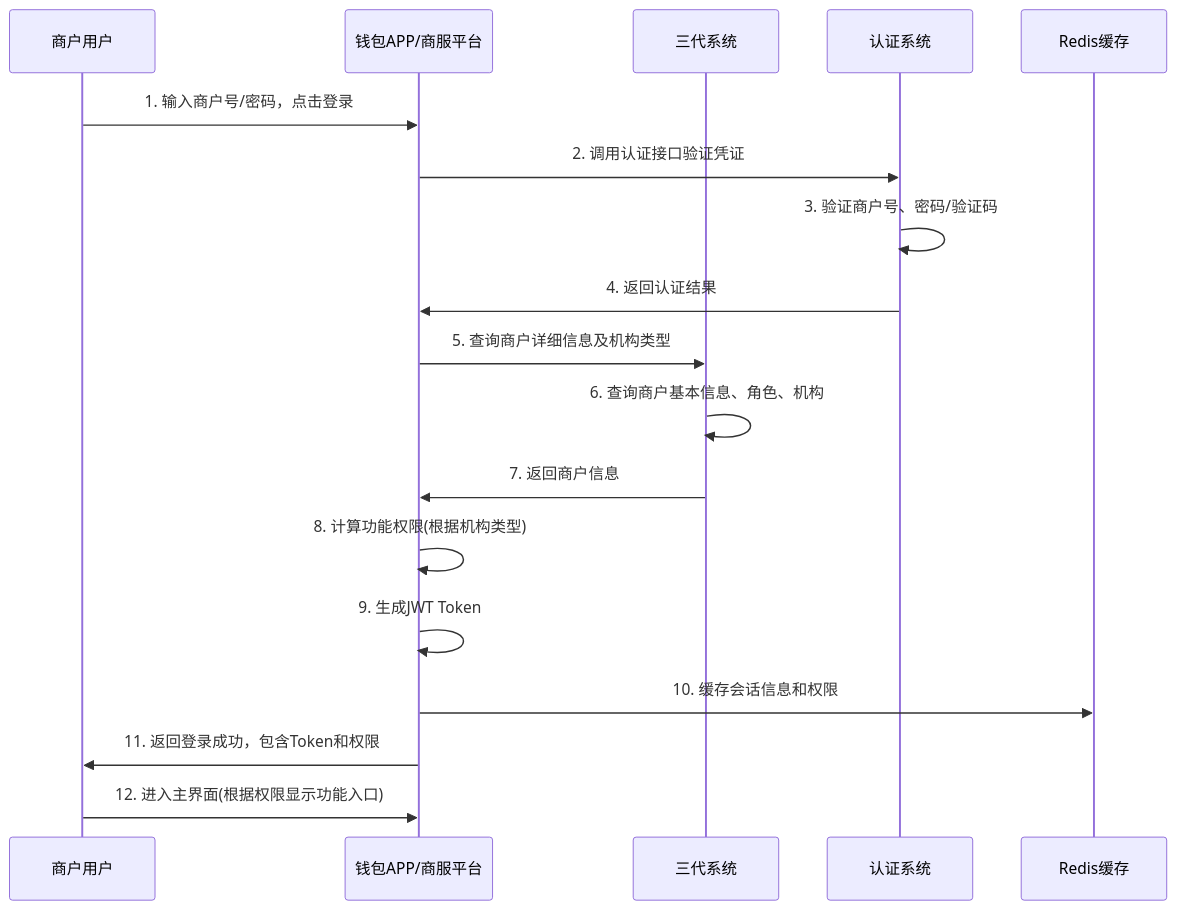
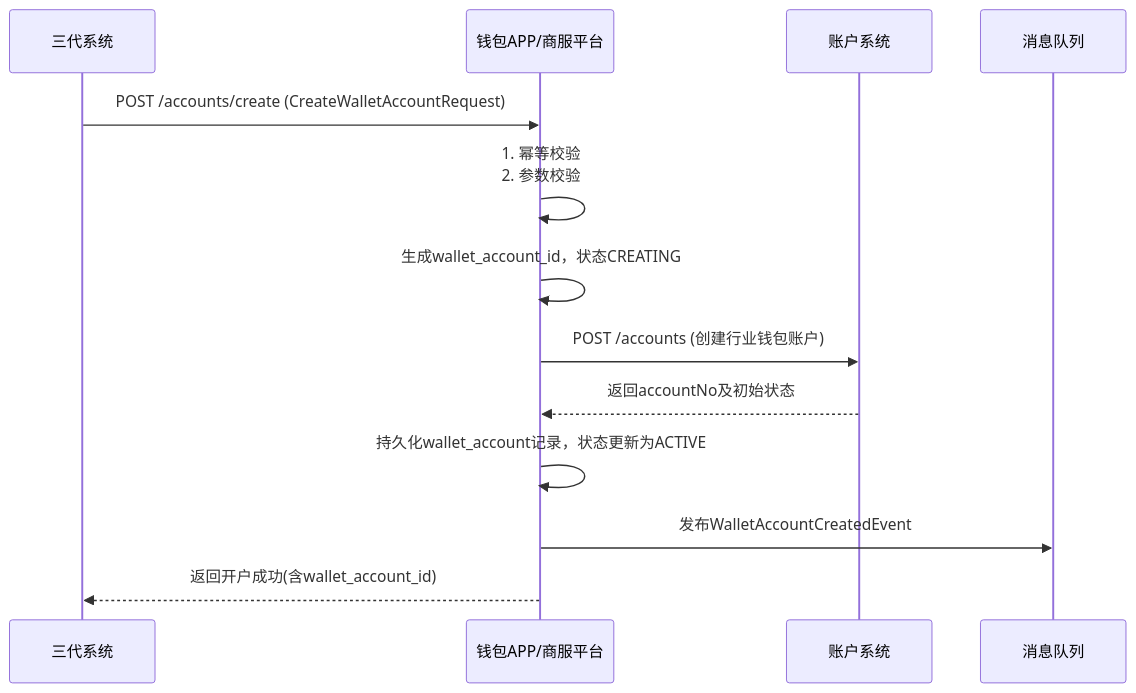
One commit to youzi211/AiCoding changed the first of 3 diagrams in data/天财分账需求/gpt-5.2/workspace/02_modules/module_钱包APP_商服平台.md. Above: the diagram before and after it, drawn with Mermaid. The commit also changed other lines of this file and 29 other files, not shown here.

````diff
--- a/data/天财分账需求/gpt-5.2/workspace/02_modules/module_钱包APP_商服平台.md
+++ b/data/天财分账需求/gpt-5.2/workspace/02_modules/module_钱包APP_商服平台.md
@@ -710,21 +287,16 @@
 ```mermaid
 sequenceDiagram
-    participant U as 商户用户
-    participant A as 钱包APP/商服平台
-    participant G3 as 三代系统
-    participant Auth as 认证系统
-    participant Cache as Redis缓存
-    
-    U->>A: 1. 输入商户号/密码，点击登录
-    A->>Auth: 2. 调用认证接口验证凭证
-    Auth->>Auth: 3. 验证商户号、密码/验证码
-    Auth->>A: 4. 返回认证结果
-    A->>G3: 5. 查询商户详细信息及机构类型
-    G3->>G3: 6. 查询商户基本信息、角色、机构
-    G3->>A: 7. 返回商户信息
-    A->>A: 8. 计算功能权限(根据机构类型)
-    A->>A: 9. 生成JWT Token
-    A->>Cache: 10. 缓存会话信息和权限
-    A->>U: 11. 返回登录成功，包含Token和权限
-    U->>A: 12. 进入主界面(根据权限显示功能入口)
+    participant G as 三代系统
+    participant W as 钱包APP/商服平台
+    participant A as 账户系统
+    participant MQ as 消息队列
+
+    G->>W: POST /accounts/create (CreateWalletAccountRequest)
+    W->>W: 1. 幂等校验<br>2. 参数校验
+    W->>W: 生成wallet_account_id，状态CREATING
+    W->>A: POST /accounts (创建行业钱包账户)
+    A-->>W: 返回accountNo及初始状态
+    W->>W: 持久化wallet_account记录，状态更新为ACTIVE
+    W->>MQ: 发布WalletAccountCreatedEvent
+    W-->>G: 返回开户成功(含wallet_account_id)
 ```
````
